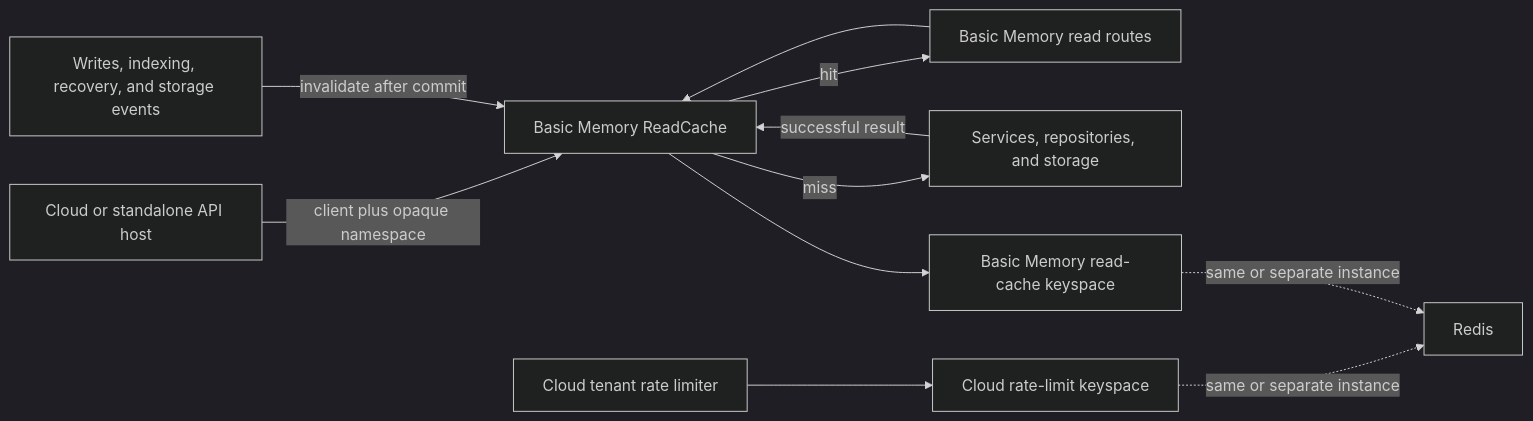
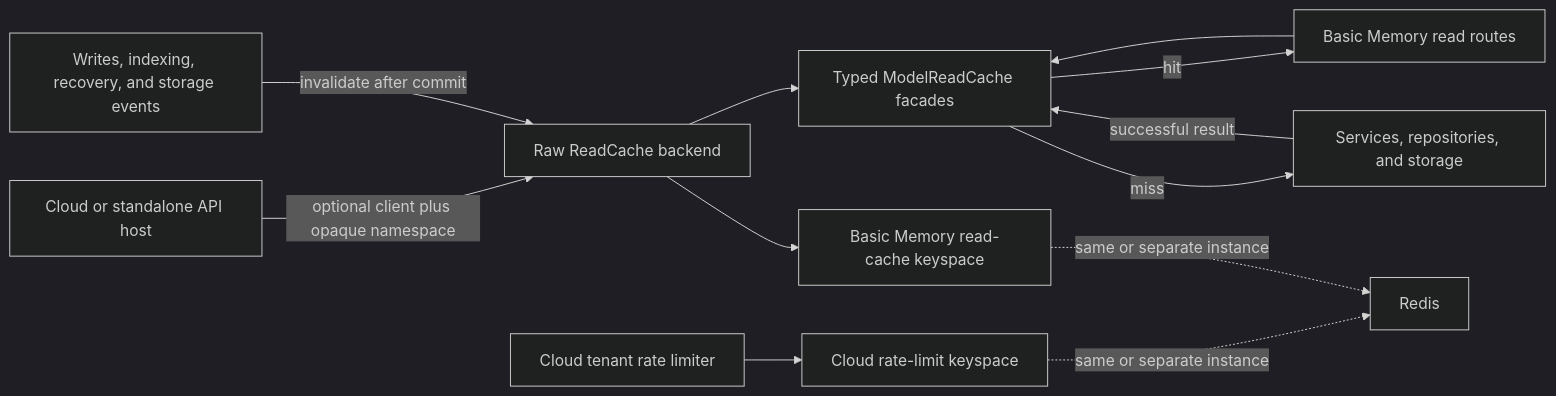
The diagram in docs/REDIS_READ_CACHE_PLAN.md (basicmachines-co/basic-memory), drawn with Mermaid (dark theme) before and after one commit. The commit also changed other lines of this file and 27 other files, not shown here.

Commit message:
refactor(api): simplify optional read caching

````diff
--- a/docs/REDIS_READ_CACHE_PLAN.md
+++ b/docs/REDIS_READ_CACHE_PLAN.md
@@ -144,14 +144,15 @@
 ```mermaid
 flowchart LR
-    H["Cloud or standalone API host"] -->|"client plus opaque namespace"| RC["Basic Memory ReadCache"]
-    API["Basic Memory read routes"] --> RC
-    RC -->|"hit"| API
-    RC -->|"miss"| DB["Services, repositories, and storage"]
-    DB -->|"successful result"| RC
-    W["Writes, indexing, recovery, and storage events"] -->|"invalidate after commit"| RC
+    H["Cloud or standalone API host"] -->|"optional client plus opaque namespace"| B["Raw ReadCache backend"]
+    B --> F["Typed ModelReadCache facades"]
+    API["Basic Memory read routes"] --> F
+    F -->|"hit"| API
+    F -->|"miss"| DB["Services, repositories, and storage"]
+    DB -->|"successful result"| F
+    W["Writes, indexing, recovery, and storage events"] -->|"invalidate after commit"| B
 
     RL["Cloud tenant rate limiter"] --> RLD["Cloud rate-limit keyspace"]
-    RC --> BMD["Basic Memory read-cache keyspace"]
+    B --> BMD["Basic Memory read-cache keyspace"]
     RLD -. "same or separate instance" .-> R["Redis"]
     BMD -. "same or separate instance" .-> R
 ```
````
